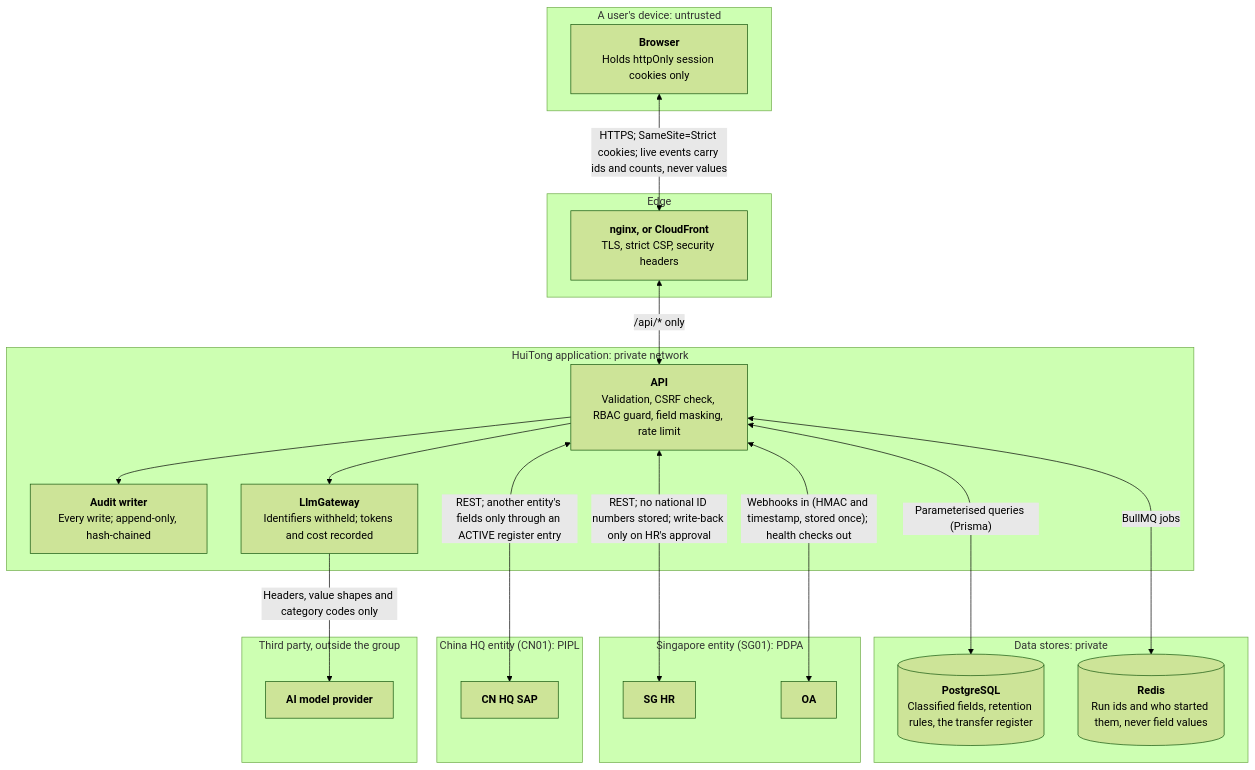
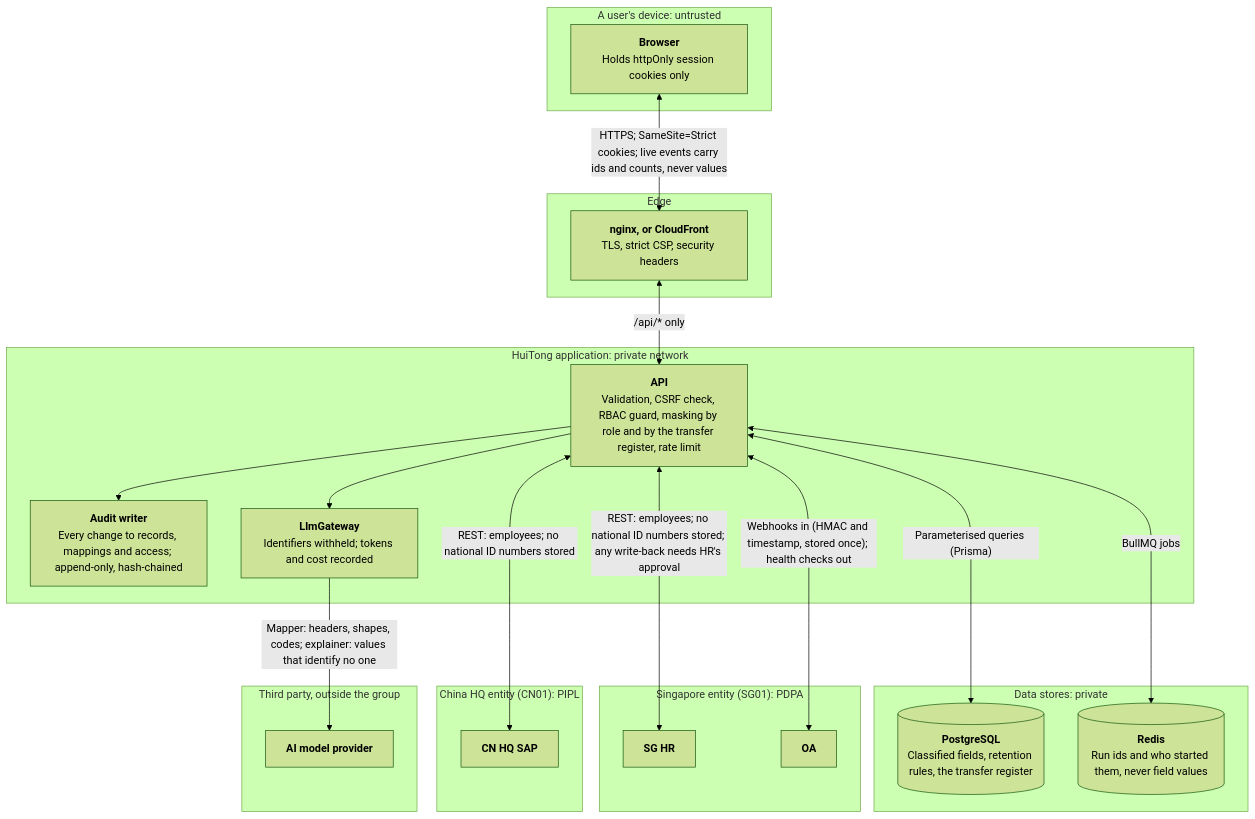
One commit to xiu2809xiu-rgb/sccci-innovation-project changed the diagram in docs/diagrams/data-flow.mmd. Above: the diagram before and after it, drawn with Mermaid (forest theme). The commit also changed 9 other files, not shown here.

First line of the commit message:
docs(diagrams): draw planned parts as planned in every diagram

```diff
--- a/docs/diagrams/data-flow.mmd
+++ b/docs/diagrams/data-flow.mmd
@@ -1,53 +1,53 @@
 %% Data flow, with each trust boundary and the GRS controls on every crossing.
 flowchart TB
   subgraph device ["A user's device: untrusted"]
     browser["`**Browser**
 Holds httpOnly session cookies only`"]:::person
   end
 
   subgraph edge ["Edge"]
     proxy["`**nginx, or CloudFront**
 TLS, strict CSP, security headers`"]:::container
   end
 
   subgraph app ["HuiTong application: private network"]
     api["`**API**
-Validation, CSRF check, RBAC guard, field masking, rate limit`"]:::container
+Validation, CSRF check, RBAC guard, masking by role and by the transfer register, rate limit`"]:::container
     audit["`**Audit writer**
-Every write; append-only, hash-chained`"]:::control
+Every change to records, mappings and access; append-only, hash-chained`"]:::control
     gateway["`**LlmGateway**
 Identifiers withheld; tokens and cost recorded`"]:::control
   end
 
   subgraph stores ["Data stores: private"]
     pg[("`**PostgreSQL**
 Classified fields, retention rules, the transfer register`")]:::store
     redis[("`**Redis**
 Run ids and who started them, never field values`")]:::store
   end
 
   subgraph sg ["Singapore entity (SG01): PDPA"]
     sghr["`**SG HR**`"]:::mock
     oa["`**OA**`"]:::mock
   end
 
   subgraph cn ["China HQ entity (CN01): PIPL"]
     cnhq["`**CN HQ SAP**`"]:::mock
   end
 
   subgraph third ["Third party, outside the group"]
     ai["`**AI model provider**`"]:::external
   end
 
   browser <-->|"HTTPS; SameSite=Strict cookies; live events carry ids and counts, never values"| proxy
   proxy <-->|"/api/* only"| api
   api --> audit
   api --> gateway
   api <--->|"Parameterised queries (Prisma)"| pg
   api <--->|"BullMQ jobs"| redis
-  api <--->|"REST; no national ID numbers stored; write-back only on HR's approval"| sghr
+  api <--->|"REST: employees; no national ID numbers stored; any write-back needs HR's approval"| sghr
   api <--->|"Webhooks in (HMAC and timestamp, stored once); health checks out"| oa
-  api <--->|"REST; another entity's fields only through an ACTIVE register entry"| cnhq
-  gateway -->|"Headers, value shapes and category codes only"| ai
+  api <--->|"REST: employees; no national ID numbers stored"| cnhq
+  gateway -->|"Mapper: headers, shapes, codes; explainer: values that identify no one"| ai
 
   class device,edge,app,stores,sg,cn,third boundary
```
